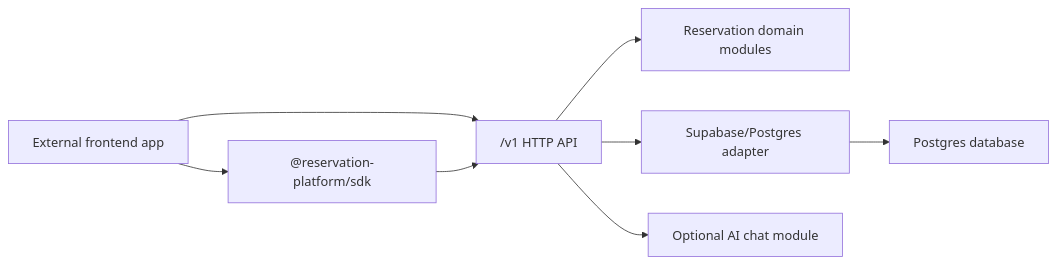
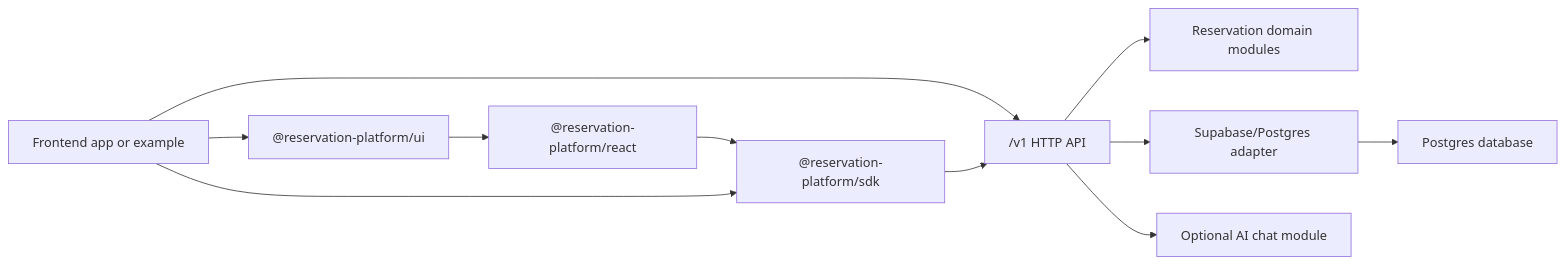
One commit to jericho0521/reservation-app changed the diagram in README.md. Above: the diagram before and after it, drawn with Mermaid. The commit also changed other lines of this file and 26 other files, not shown here.

````diff
--- a/README.md
+++ b/README.md
@@ -20,10 +22,13 @@
 ```mermaid
 flowchart LR
-  Frontend["External frontend app"] --> SDK["@reservation-platform/sdk"]
+  Frontend["Frontend app or example"] --> UI["@reservation-platform/ui"]
+  UI --> React["@reservation-platform/react"]
+  React --> SDK["@reservation-platform/sdk"]
+  Frontend --> SDK
   Frontend --> API["/v1 HTTP API"]
   SDK --> API
   API --> Domain["Reservation domain modules"]
   API --> Adapter["Supabase/Postgres adapter"]
   Adapter --> Database["Postgres database"]
   API --> Chat["Optional AI chat module"]
 ```
````
